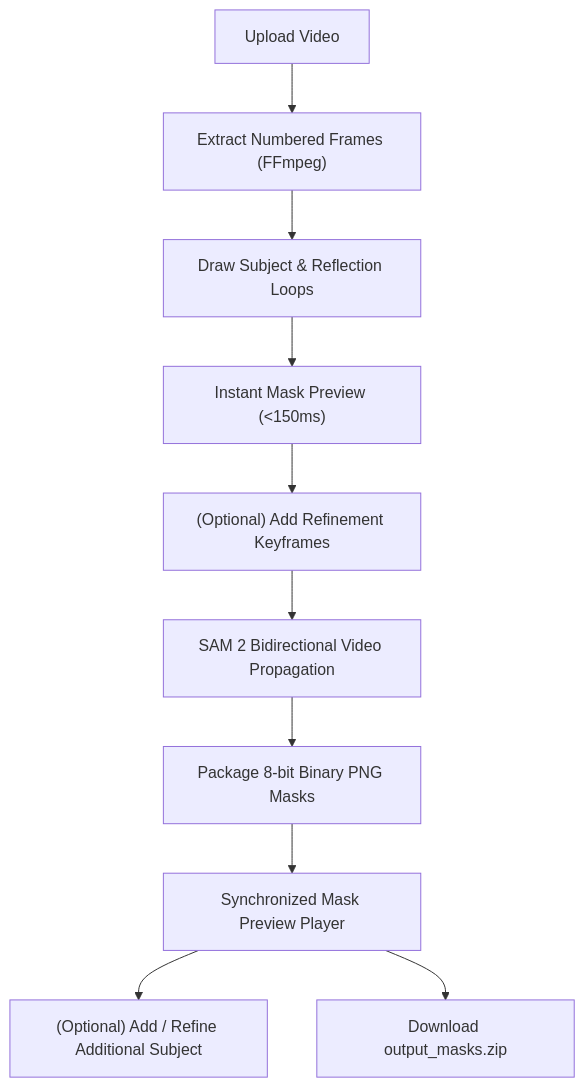
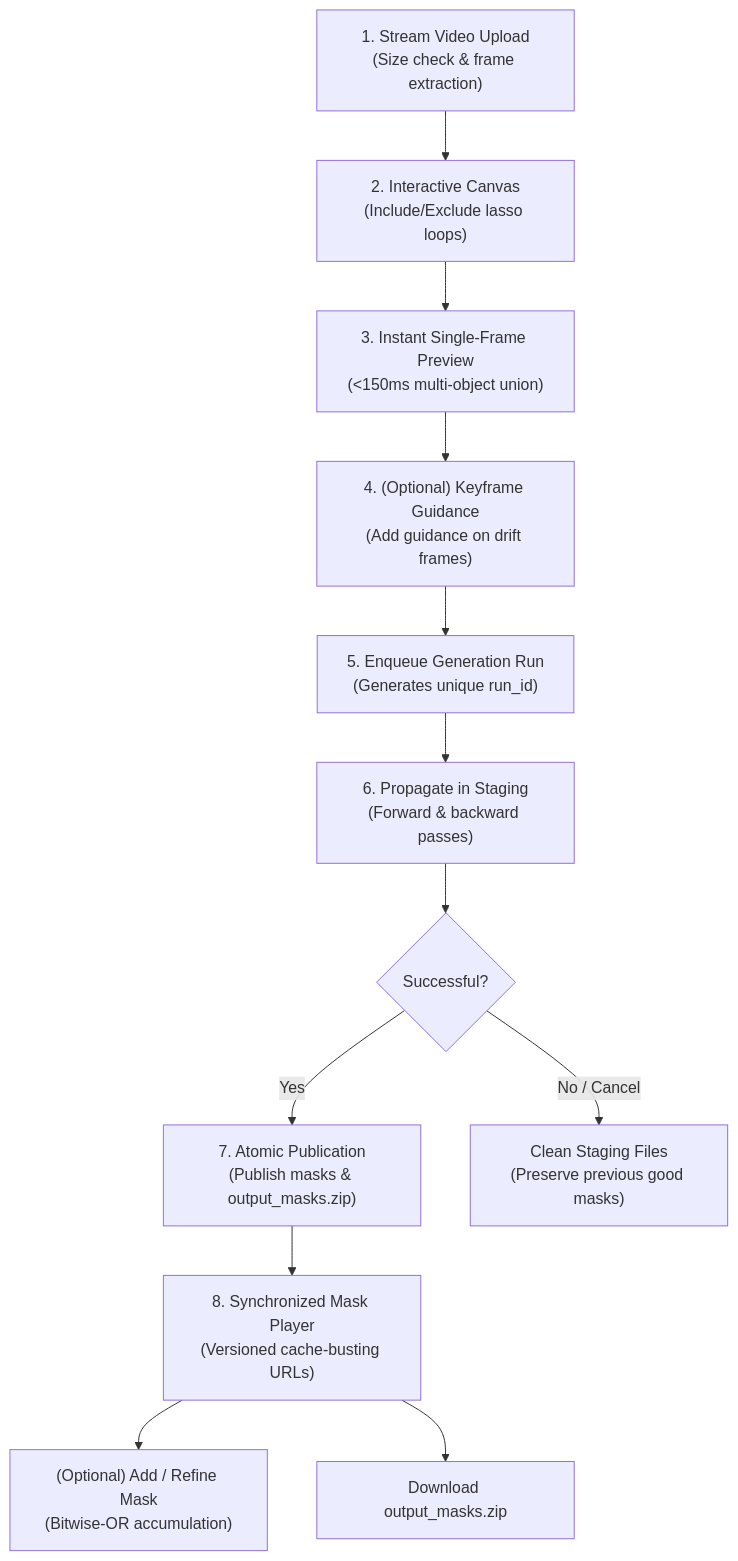
The diagram in README.md (armaan-choudhary/stirs), drawn with Mermaid before and after one commit. The commit also changed other lines of this file and 1 other file, not shown here.

Commit message:
docs: comprehensive update to README and specification covering run lifecycle, safe staging, API reference, and keyboard shortcuts

````diff
--- a/README.md
+++ b/README.md
@@ -15,12 +54,14 @@
 ```mermaid
 flowchart TD
-  Upload["Upload Video"] --> Extract["Extract Numbered Frames (FFmpeg)"]
-  Extract --> Annotate["Draw Subject & Reflection Loops"]
-  Annotate --> Preview["Instant Mask Preview (<150ms)"]
-  Preview --> Keyframes["(Optional) Add Refinement Keyframes"]
-  Keyframes --> Propagate["SAM 2 Bidirectional Video Propagation"]
-  Propagate --> Package["Package 8-bit Binary PNG Masks"]
-  Package --> Player["Synchronized Mask Preview Player"]
-  Player --> Accumulate["(Optional) Add / Refine Additional Subject"]
+  Upload["1. Stream Video Upload<br/>(Size check & frame extraction)"] --> Annotate["2. Interactive Canvas<br/>(Include/Exclude lasso loops)"]
+  Annotate --> Preview["3. Instant Single-Frame Preview<br/>(<150ms multi-object union)"]
+  Preview --> Keyframes["4. (Optional) Keyframe Guidance<br/>(Add guidance on drift frames)"]
+  Keyframes --> StartJob["5. Enqueue Generation Run<br/>(Generates unique run_id)"]
+  StartJob --> Staging["6. Propagate in Staging<br/>(Forward & backward passes)"]
+  Staging --> CheckSuccess{"Successful?"}
+  CheckSuccess -- Yes --> Publish["7. Atomic Publication<br/>(Publish masks & output_masks.zip)"]
+  CheckSuccess -- No / Cancel --> Cleanup["Clean Staging Files<br/>(Preserve previous good masks)"]
+  Publish --> Player["8. Synchronized Mask Player<br/>(Versioned cache-busting URLs)"]
+  Player --> Refine["(Optional) Add / Refine Mask<br/>(Bitwise-OR accumulation)"]
   Player --> Download["Download output_masks.zip"]
 ```
````
